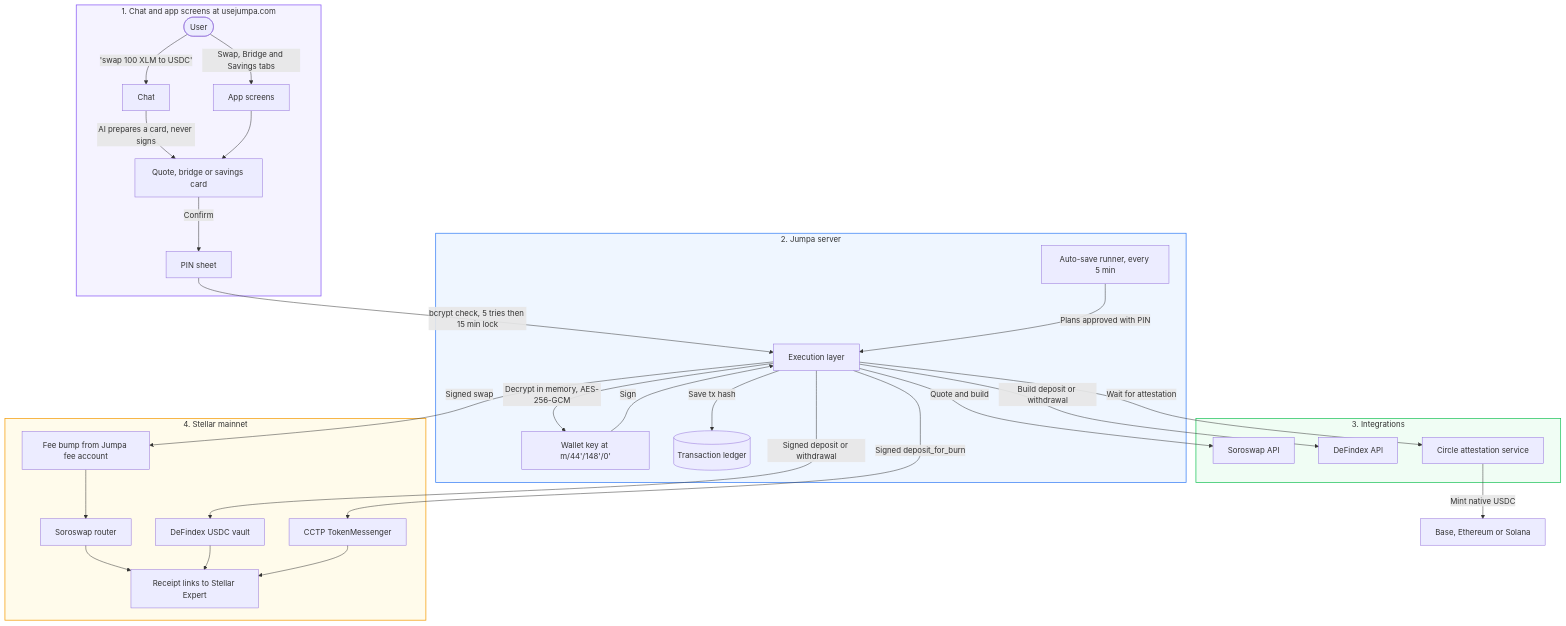
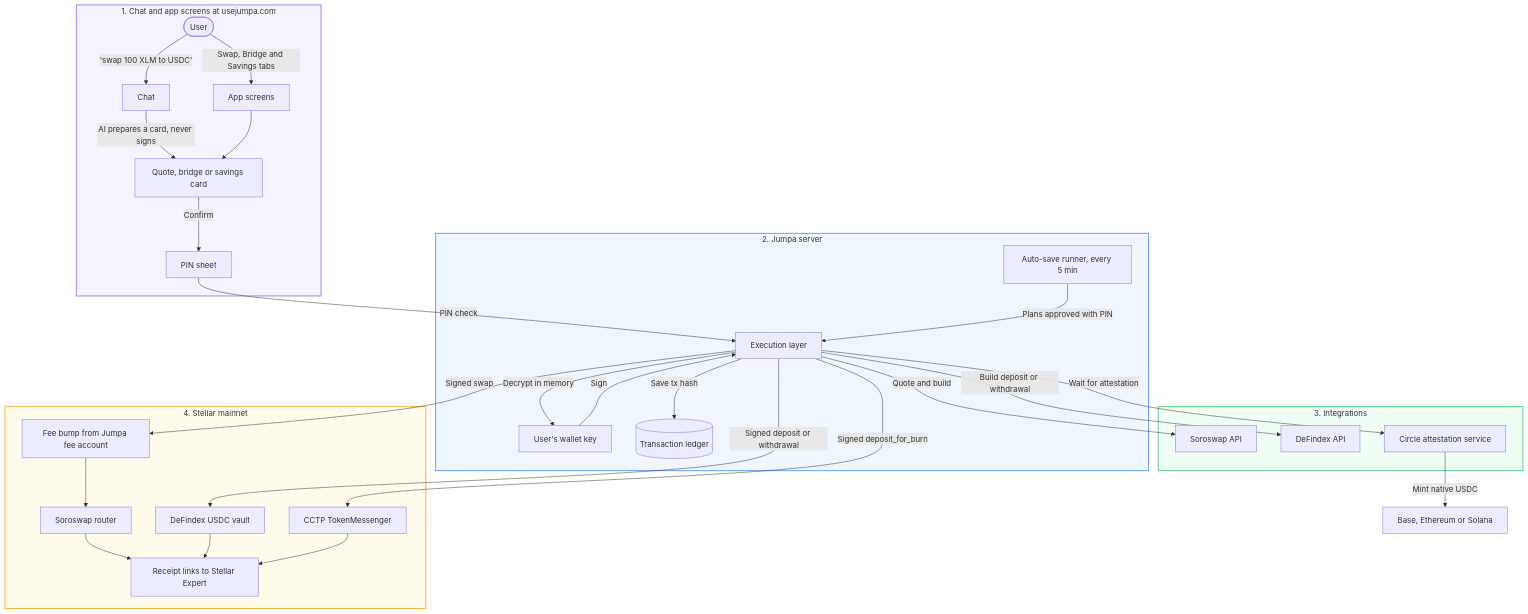
Before and after one commit to official-jumpa/jumpa-web-app: the diagram in docs/TRANCHE_3_COMPLETE.md, drawn with Mermaid. The commit also changed other lines of this file and 1 other file, not shown here.

Commit message:
docs: keep wallet encryption and PIN details high level in Tranche 3 docs

````diff
--- a/docs/TRANCHE_3_COMPLETE.md
+++ b/docs/TRANCHE_3_COMPLETE.md
@@ -71,46 +71,46 @@
 ```mermaid
 flowchart TD
     subgraph App ["1. Chat and app screens at usejumpa.com"]
         User(["User"]) -->|"'swap 100 XLM to USDC'"| Chat["Chat"]
         User -->|"Swap, Bridge and Savings tabs"| Screens["App screens"]
         Chat -->|"AI prepares a card, never signs"| Card["Quote, bridge or savings card"]
         Screens --> Card
         Card -->|"Confirm"| Pin["PIN sheet"]
     end
 
     subgraph Server ["2. Jumpa server"]
-        Pin -->|"bcrypt check, 5 tries then 15 min lock"| Exec["Execution layer"]
+        Pin -->|"PIN check"| Exec["Execution layer"]
         Cron["Auto-save runner, every 5 min"] -->|"Plans approved with PIN"| Exec
-        Exec -->|"Decrypt in memory, AES-256-GCM"| Keys["Wallet key at m/44'/148'/0'"]
+        Exec -->|"Decrypt in memory"| Keys["User's wallet key"]
         Keys -->|"Sign"| Exec
         Exec -->|"Save tx hash"| Ledger[("Transaction ledger")]
     end
 
     subgraph Integrations ["3. Integrations"]
         Exec -->|"Quote and build"| SoroswapAPI["Soroswap API"]
         Exec -->|"Build deposit or withdrawal"| DeFindexAPI["DeFindex API"]
         Exec -->|"Wait for attestation"| Iris["Circle attestation service"]
     end
 
     subgraph Mainnet ["4. Stellar mainnet"]
         Exec -->|"Signed swap"| FeeBump["Fee bump from Jumpa fee account"]
         FeeBump --> Router["Soroswap router"]
         Exec -->|"Signed deposit or withdrawal"| Vault["DeFindex USDC vault"]
         Exec -->|"Signed deposit_for_burn"| Messenger["CCTP TokenMessenger"]
         Router --> Explorer["Receipt links to Stellar Expert"]
         Vault --> Explorer
         Messenger --> Explorer
     end
 
     Iris -->|"Mint native USDC"| Dest["Base, Ethereum or Solana"]
 
     classDef ui fill:#f5f3ff,stroke:#8b5cf6,stroke-width:1.5px;
     classDef server fill:#eff6ff,stroke:#3b82f6,stroke-width:1.5px;
     classDef proto fill:#f0fdf4,stroke:#22c55e,stroke-width:1.5px;
     classDef chain fill:#fffbeb,stroke:#f59e0b,stroke-width:1.5px;
 
     class App ui;
     class Server server;
     class Integrations proto;
     class Mainnet chain;
 ```
````
